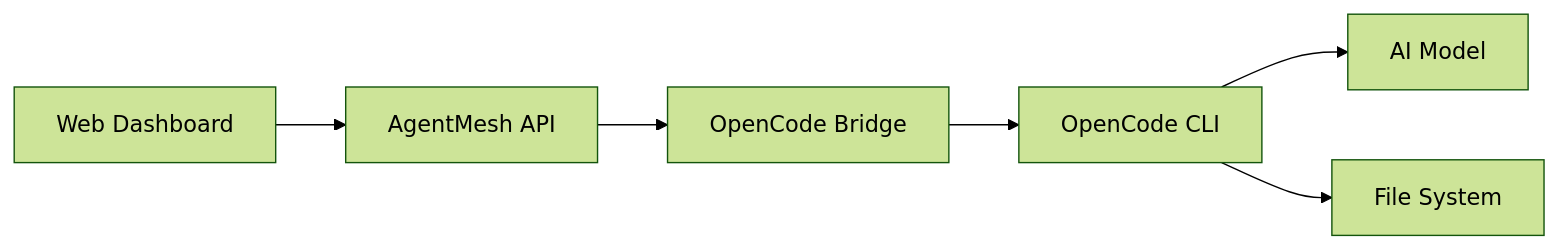
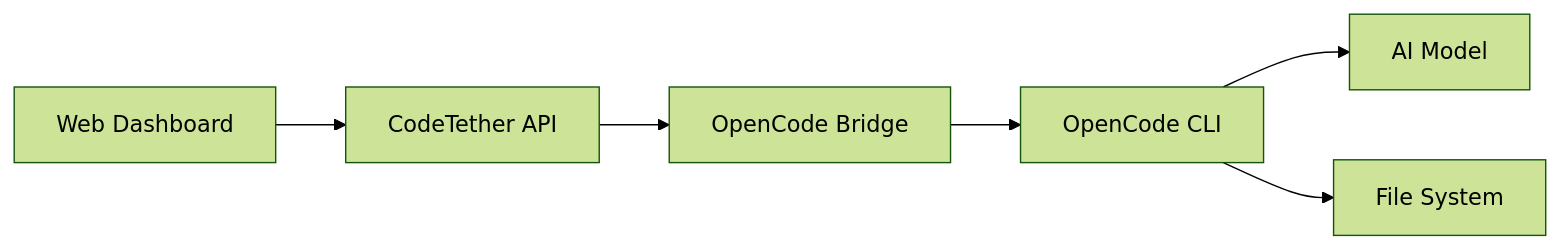
The diagram in agentmesh-docs/features/opencode.md (rileyseaburg/A2A-Server-MCP), drawn with Mermaid (forest theme) before and after one commit. The commit also changed other lines of this file and 51 other files, not shown here.

First line of the commit message:
docs: Rebrand documentation from AgentMesh to CodeTether

````diff
--- a/agentmesh-docs/features/opencode.md
+++ b/agentmesh-docs/features/opencode.md
@@ -20,8 +20,8 @@
 ```mermaid
 graph LR
-    UI[Web Dashboard] --> API[AgentMesh API]
+    UI[Web Dashboard] --> API[CodeTether API]
     API --> Bridge[OpenCode Bridge]
     Bridge --> OC[OpenCode CLI]
     OC --> LLM[AI Model]
     OC --> FS[File System]
 ```
````
